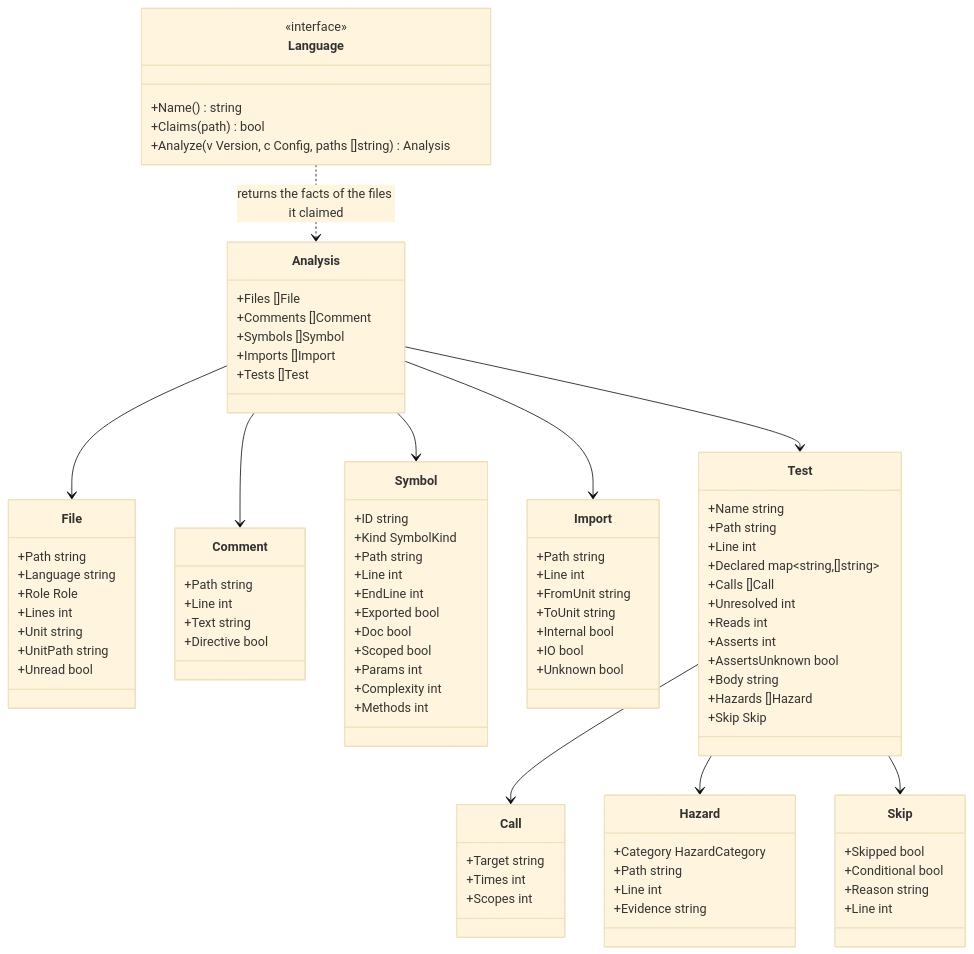
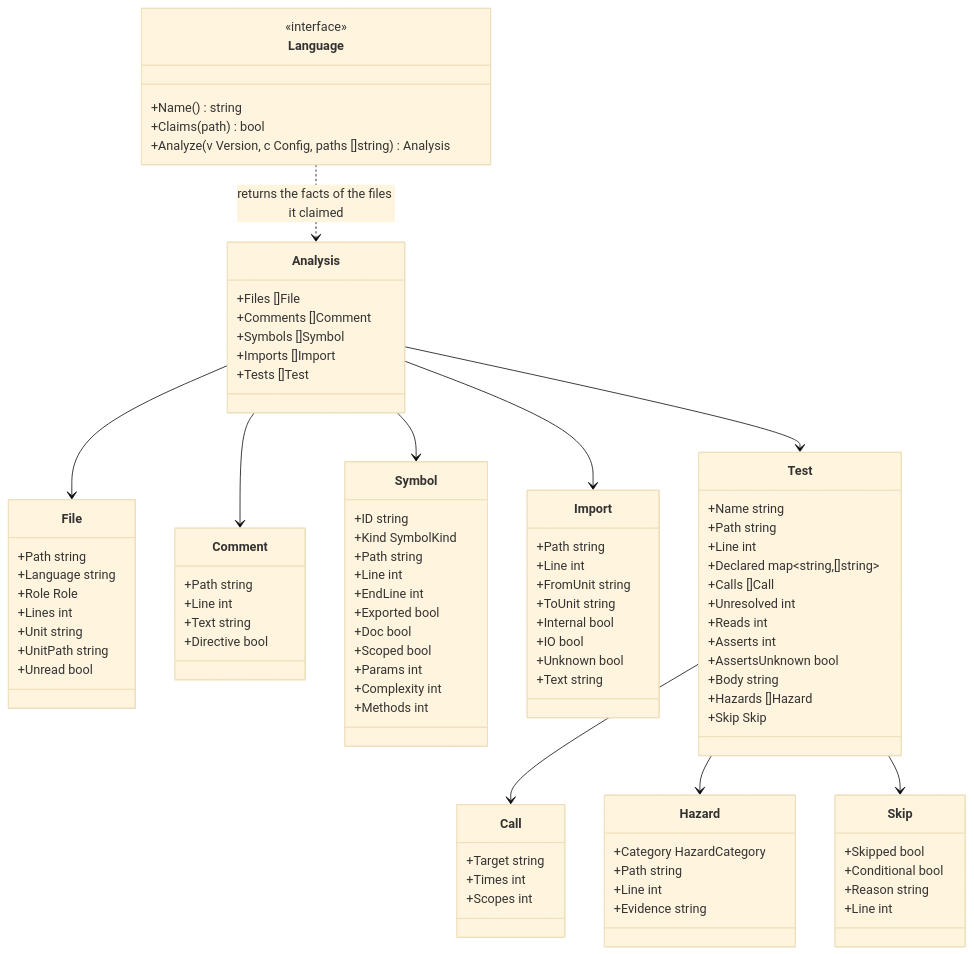
One commit to rerorets/hadome changed the diagram in docs/design/adapters.md. Above: the diagram before and after it, drawn with Mermaid (base theme). The commit also changed 12 other files, not shown here.

```diff
--- a/docs/design/adapters.md
+++ b/docs/design/adapters.md
@@ -65,6 +65,7 @@
     +Internal bool
     +IO bool
     +Unknown bool
+    +Text string
   }
   class Test {
     +Name string
```
